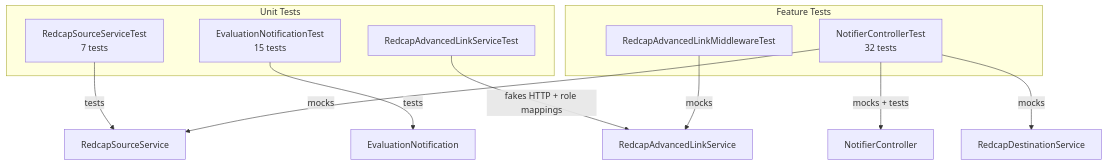
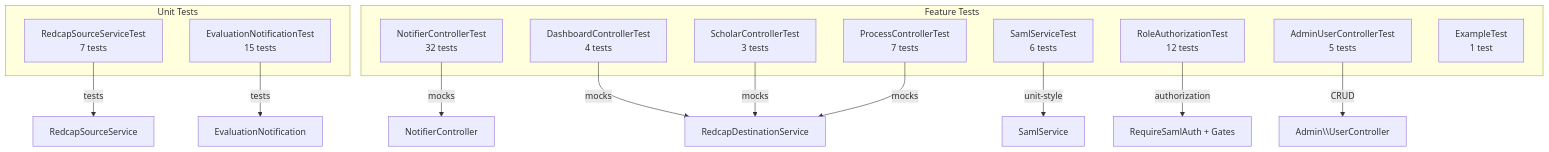
One commit to com-atg/OMM-SE changed the first of 2 diagrams in Docs/testing.md. Above: the diagram before and after it, drawn with Mermaid. The commit also changed other lines of this file and 22 other files, not shown here.

First line of the commit message:
Add process command, schema updates, and scholar detail enhancements

````diff
--- a/Docs/testing.md
+++ b/Docs/testing.md
@@ -7,20 +7,25 @@
 ```mermaid
 graph TD
     subgraph Unit Tests
         U1[RedcapSourceServiceTest\n7 tests]
         U2[EvaluationNotificationTest\n15 tests]
-        U3[RedcapAdvancedLinkServiceTest]
     end
     subgraph Feature Tests
         F1[NotifierControllerTest\n32 tests]
-        F2[RedcapAdvancedLinkMiddlewareTest]
+        F2[DashboardControllerTest\n4 tests]
+        F3[ScholarControllerTest\n3 tests]
+        F4[ProcessControllerTest\n7 tests]
+        F5[SamlServiceTest\n6 tests]
+        F6[RoleAuthorizationTest\n12 tests]
+        F7[AdminUserControllerTest\n5 tests]
+        F8[ExampleTest\n1 test]
     end
 
     U1 -->|tests| SRC[RedcapSourceService]
     U2 -->|tests| MAIL[EvaluationNotification]
-    F1 -->|mocks + tests| NC[NotifierController]
-    F1 -->|mocks| SRC
-    F1 -->|mocks| DST[RedcapDestinationService]
-    U3 -->|fakes HTTP + role mappings| RAS[RedcapAdvancedLinkService]
-    F2 -->|mocks| RAS
+    F1 -->|mocks| NC[NotifierController]
+    F2 & F3 & F4 -->|mocks| DST[RedcapDestinationService]
+    F5 -->|unit-style| SS[SamlService]
+    F6 -->|authorization| MW[RequireSamlAuth + Gates]
+    F7 -->|CRUD| UC[Admin\\UserController]
 ```
````
